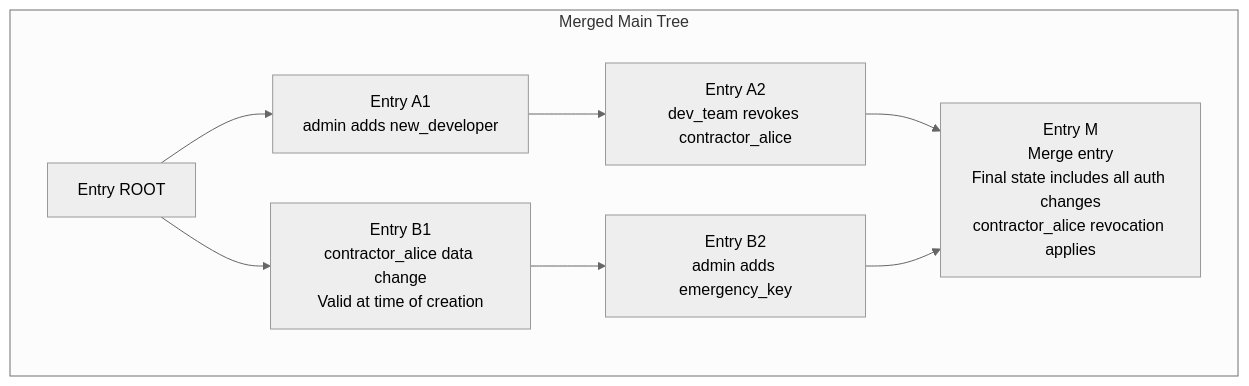
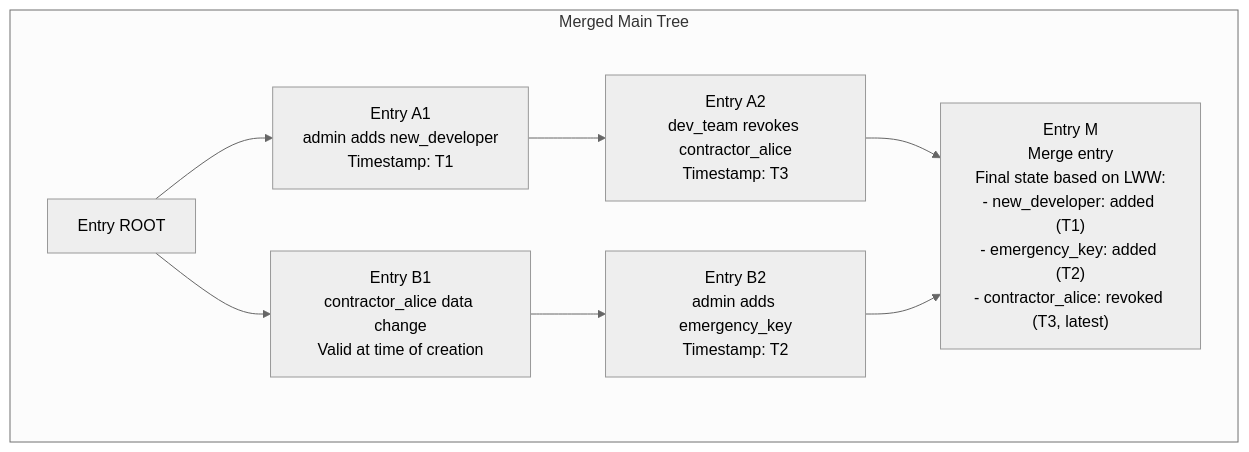
Before and after one commit to arcuru/eidetica: the eighth of 8 diagrams in docs/src/design/authentication.md, drawn with Mermaid (neutral theme). The commit also changed other lines of this file, not shown here.

Commit message:
docs: updating auth with 2 phases of status values

````diff
--- a/docs/src/design/authentication.md
+++ b/docs/src/design/authentication.md
@@ -556,18 +570,18 @@
 ```mermaid
 graph TD
     subgraph "Merged Main Tree"
         ROOT["Entry ROOT"]
-        A1["Entry A1<br/>admin adds new_developer"]
-        A2["Entry A2<br/>dev_team revokes contractor_alice"]
+        A1["Entry A1<br/>admin adds new_developer<br/>Timestamp: T1"]
+        A2["Entry A2<br/>dev_team revokes contractor_alice<br/>Timestamp: T3"]
         B1["Entry B1<br/>contractor_alice data change<br/>Valid at time of creation"]
-        B2["Entry B2<br/>admin adds emergency_key"]
-        M["Entry M<br/>Merge entry<br/>Final state includes all auth changes<br/>contractor_alice revocation applies"]
+        B2["Entry B2<br/>admin adds emergency_key<br/>Timestamp: T2"]
+        M["Entry M<br/>Merge entry<br/>Final state based on LWW:<br/>- new_developer: added (T1)<br/>- emergency_key: added (T2)<br/>- contractor_alice: revoked (T3, latest)"]
     end
 
     ROOT --> A1
     ROOT --> B1
     A1 --> A2
     B1 --> B2
     A2 --> M
     B2 --> M
 ```
````
